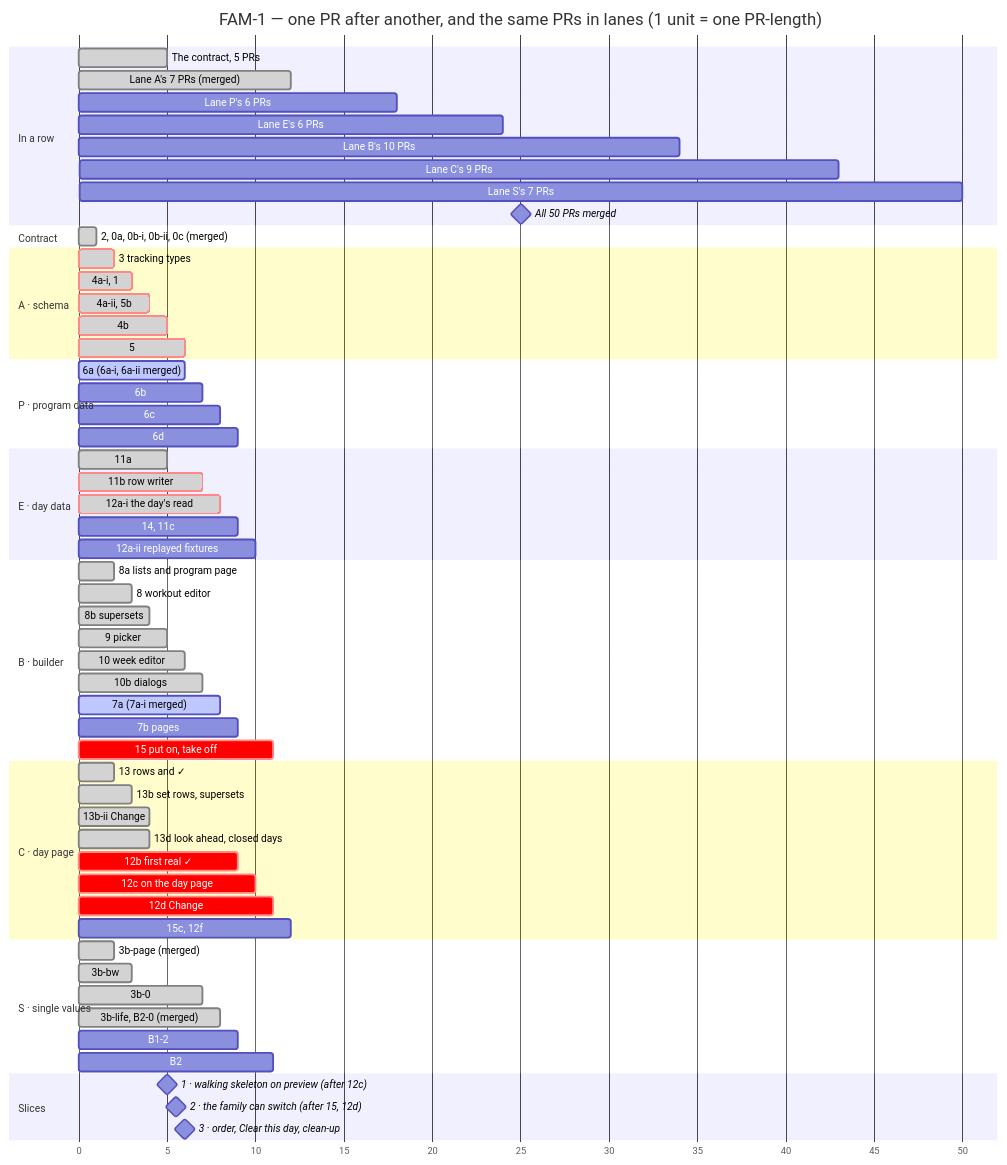
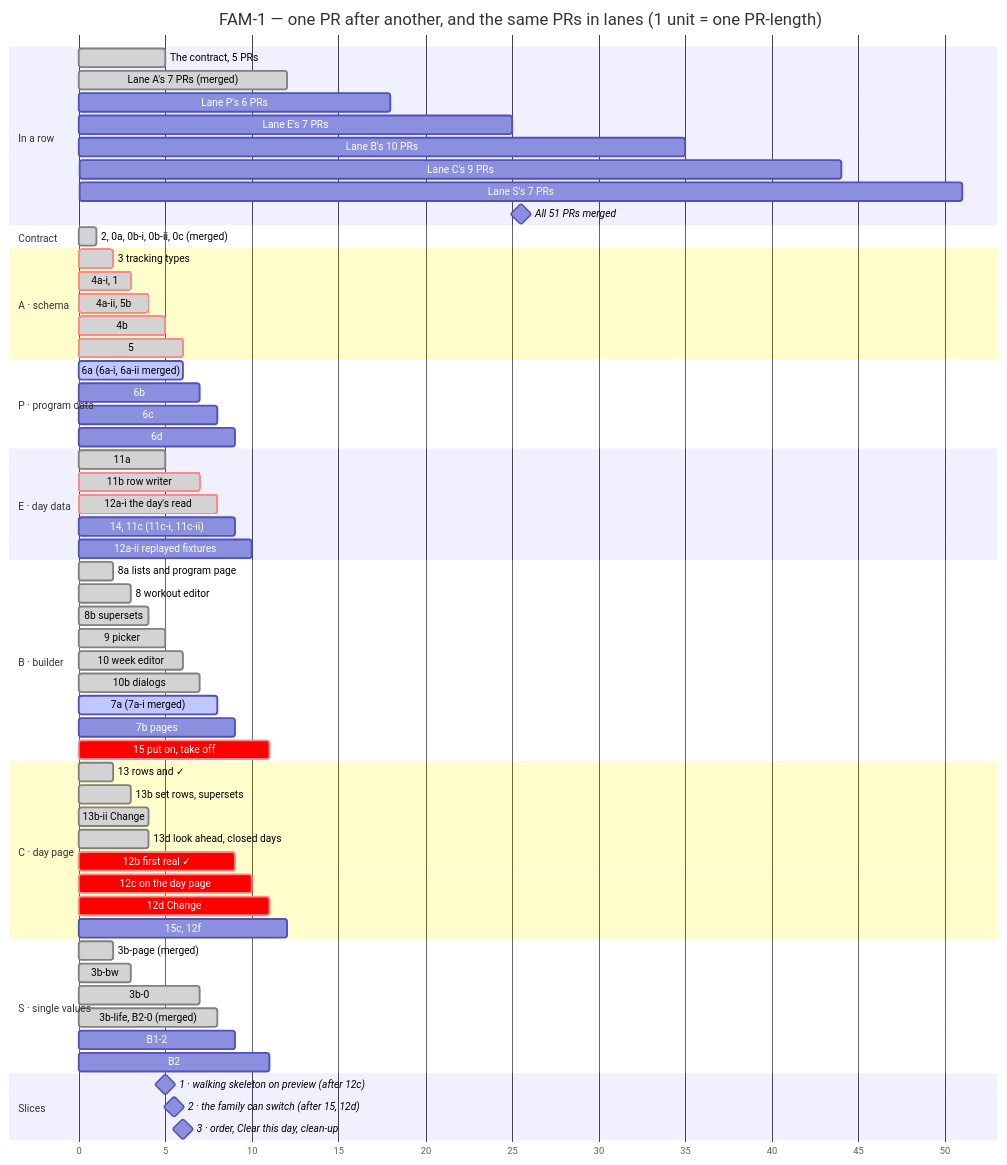
One commit to ralamode/mat-plan changed the second of 2 diagrams in docs/milestones/fam-1-family-program.md. Above: the diagram before and after it, drawn with Mermaid. The commit also changed other lines of this file and 1 other file, not shown here.

Commit message:
docs(fam-1): 11c is two PRs, with their seam turns; the milestone counts 51

````diff
--- a/docs/milestones/fam-1-family-program.md
+++ b/docs/milestones/fam-1-family-program.md
@@ -258,74 +258,74 @@
 ```mermaid
 gantt
   title FAM-1 — one PR after another, and the same PRs in lanes (1 unit = one PR-length)
   dateFormat X
   axisFormat %s
   todayMarker off
 
   section In a row
   The contract, 5 PRs          :done, r0, 0, 5
   Lane A's 7 PRs (merged)      :done, r1, 5, 12
   Lane P's 6 PRs               :r2, 12, 18
-  Lane E's 6 PRs               :r3, 18, 24
-  Lane B's 10 PRs              :r4, 24, 34
-  Lane C's 9 PRs               :r5, 34, 43
-  Lane S's 7 PRs               :r6, 43, 50
-  All 50 PRs merged            :milestone, rm, 50, 50
+  Lane E's 7 PRs               :r3, 18, 25
+  Lane B's 10 PRs              :r4, 25, 35
+  Lane C's 9 PRs               :r5, 35, 44
+  Lane S's 7 PRs               :r6, 44, 51
+  All 51 PRs merged            :milestone, rm, 51, 51
 
   section Contract
   2, 0a, 0b-i, 0b-ii, 0c (merged) :done, c0, 0, 1
 
   section A · schema
   3 tracking types             :crit, done, a1, 1, 2
   4a-i, 1                      :crit, done, a2, 2, 3
   4a-ii, 5b                    :crit, done, a3, 3, 4
   4b                           :crit, done, a4, 4, 5
   5                            :crit, done, a5, 5, 6
 
   section P · program data
   6a (6a-i, 6a-ii merged)      :active, p1, 5, 6
   6b                           :p2, 6, 7
   6c                           :p3, 7, 8
   6d                           :p4, 8, 9
 
   section E · day data
   11a                          :done, e1, 4, 5
   11b row writer               :crit, done, e2, 5, 7
   12a-i the day's read         :crit, done, e3, 7, 8
-  14, 11c                      :e4, 8, 9
+  14, 11c (11c-i, 11c-ii)      :e4, 8, 9
   12a-ii replayed fixtures     :e5, 9, 10
 
   section B · builder
   8a lists and program page    :done, b1, 1, 2
   8 workout editor             :done, b2, 2, 3
   8b supersets                 :done, b3, 3, 4
   9 picker                     :done, b4, 4, 5
   10 week editor               :done, b5, 5, 6
   10b dialogs                  :done, b6, 6, 7
   7a (7a-i merged)             :active, b7, 7, 8
   7b pages                     :b8, 8, 9
   15 put on, take off          :crit, b9, 10, 11
 
   section C · day page
   13 rows and ✓                :done, c1, 1, 2
   13b set rows, supersets      :done, c2, 2, 3
   13b-ii Change                :done, c2b, 3, 4
   13d look ahead, closed days  :done, c3, 3, 4
   12b first real ✓             :crit, c4, 8, 9
   12c on the day page          :crit, c5, 9, 10
   12d Change                   :crit, c6, 10, 11
   15c, 12f                     :c7, 11, 12
 
   section S · single values
   3b-page (merged)             :done, s1, 1, 2
   3b-bw                        :done, s2, 2, 3
   3b-0                         :done, s3, 6, 7
   3b-life, B2-0 (merged)       :done, s4, 7, 8
   B1-2                         :s5, 8, 9
   B2                           :s6, 10, 11
 
   section Slices
   1 · walking skeleton on preview (after 12c) :milestone, m1, 10, 10
   2 · the family can switch (after 15, 12d)   :milestone, m2, 11, 11
   3 · order, Clear this day, clean-up         :milestone, m3, 12, 12
 ```
````
